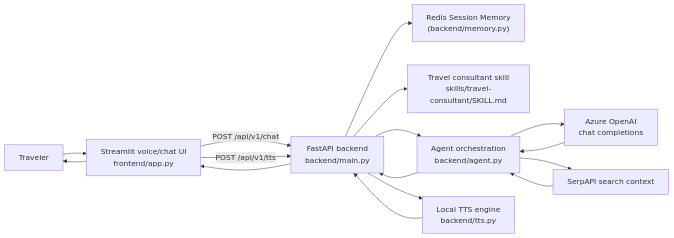
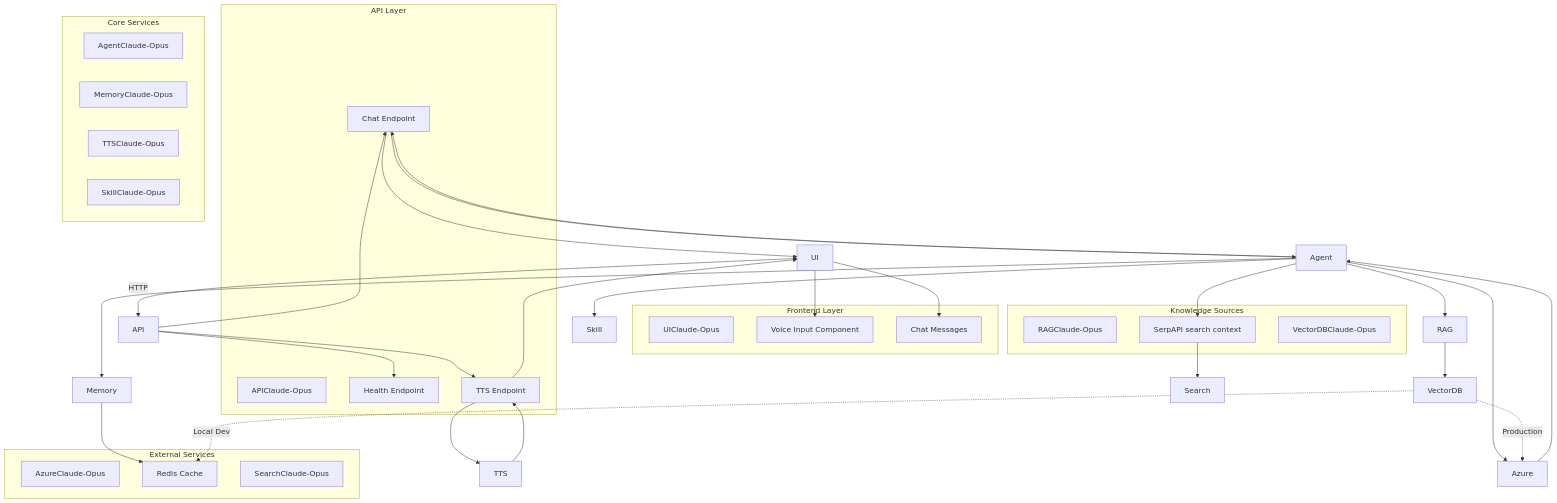
Before and after one commit to Trung1234/travel-advisor: the first of 2 diagrams in README.md, drawn with Mermaid. The commit also changed other lines of this file and 15 other files, not shown here.

Commit message:
add vector db and rag

````diff
--- a/README.md
+++ b/README.md
@@ -22,18 +25,69 @@
 ```mermaid
-flowchart LR
-    User[Traveler] --> UI[Streamlit voice/chat UI<br/>frontend/app.py]
-    UI -->|POST /api/v1/chat| API[FastAPI backend<br/>backend/main.py]
-    UI -->|POST /api/v1/tts| API
-    API --> Memory["Redis Session Memory<br/>(backend/memory.py)"]
-    API --> Skill[Travel consultant skill<br/>skills/travel-consultant/SKILL.md]
-    API --> Agent[Agent orchestration<br/>backend/agent.py]
-    API --> TTS[Local TTS engine<br/>backend/tts.py]
-    Agent --> Provider[Azure OpenAI<br/>chat completions]
-    Agent --> SerpAPI[SerpAPI search context]
-    Provider --> Agent
-    SerpAPI --> Agent
-    Agent --> API
-    TTS --> API
-    API --> UI
-    UI --> User
+flowchart TB
+    subgraph "Frontend Layer"
+        UIClaude-Opus
+        Voice[Voice Input Component]
+        Chat[Chat Messages]
+    end
+    
+    subgraph "API Layer"
+        APIClaude-Opus
+        Health[Health Endpoint]
+        ChatAPI[Chat Endpoint]
+        TTSAPI[TTS Endpoint]
+    end
+    
+    subgraph "Core Services"
+        AgentClaude-Opus
+        MemoryClaude-Opus
+        TTSClaude-Opus
+        SkillClaude-Opus
+    end
+    
+    subgraph "Knowledge Sources"
+        RAGClaude-Opus
+        SerpAPI[SerpAPI search context]
+        VectorDBClaude-Opus
+    end
+    
+    subgraph "External Services"
+        AzureClaude-Opus
+        Redis[Redis Cache]
+        SearchClaude-Opus
+    end
+    
+    %% User interactions
+    UI --> Voice
+    UI --> Chat
+    UI <-->|HTTP| API
+    
+    %% API routing
+    API --> Health
+    API --> ChatAPI
+    API --> TTSAPI
+    
+    %% Core processing
+    ChatAPI --> Agent
+    TTSAPI --> TTS
+    Agent --> Memory
+    Agent --> Skill
+    
+    %% Knowledge retrieval
+    Agent --> RAG
+    Agent --> SerpAPI
+    RAG --> VectorDB
+    SerpAPI --> Search
+    
+    %% External integrations
+    Agent --> Azure
+    Memory --> Redis
+    VectorDB -.->|Local Dev| Redis
+    VectorDB -.->|Production| Azure
+    
+    %% Response flow
+    Azure --> Agent
+    Agent --> ChatAPI
+    ChatAPI --> UI
+    TTS --> TTSAPI
+    TTSAPI --> UI
 ```
````
